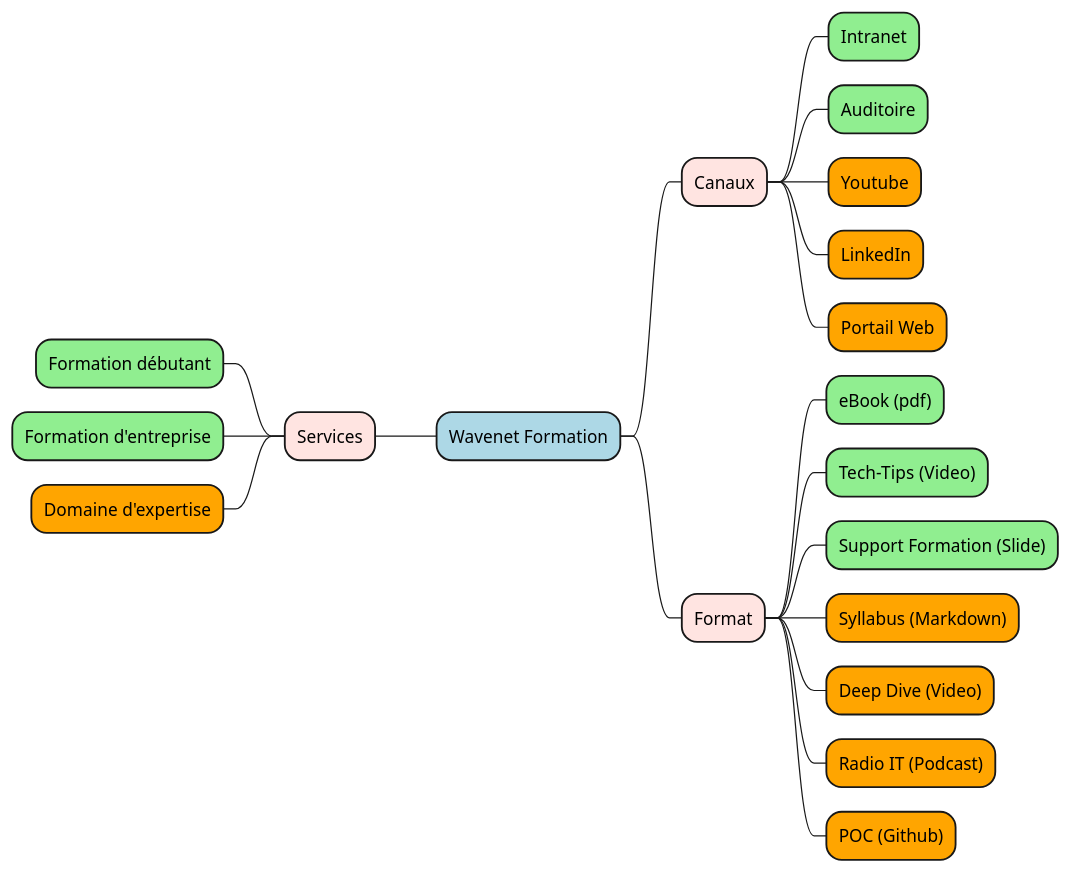
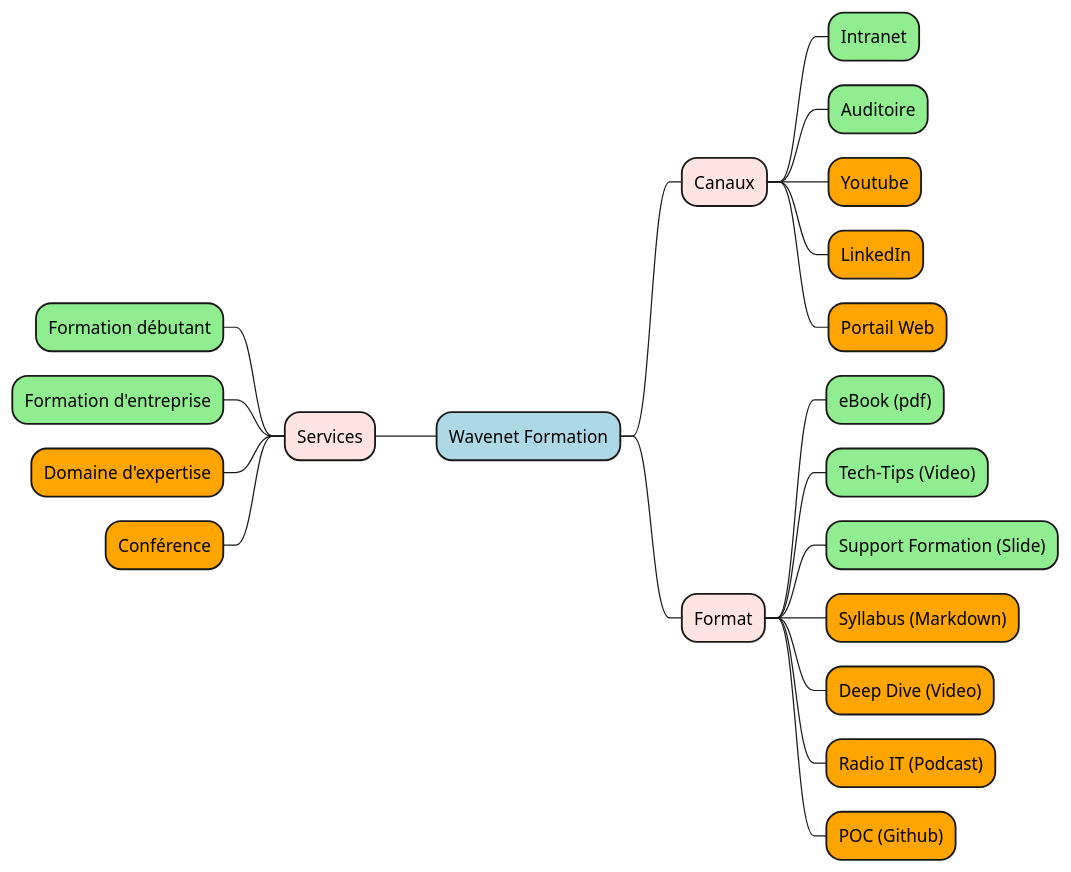
Before and after one commit to diplomegalo/roadmap: the diagram in diagram/formation.puml, drawn with PlantUML. The commit also changed 1 other file, not shown here.

```diff
--- a/diagram/formation.puml
+++ b/diagram/formation.puml
@@ -1,21 +1,22 @@
 @startmindmap
 *[#LightBlue] Wavenet Formation
 --[#MistyRose] Services
 ---[#Lightgreen] Formation débutant
 ---[#Lightgreen] Formation d'entreprise
 ---[#Orange] Domaine d'expertise
+---[#Orange] Conférence
 **[#MistyRose] Canaux
 ***[#Lightgreen] Intranet
 ***[#Lightgreen] Auditoire
 ***[#Orange] Youtube
 ***[#Orange] LinkedIn
 ***[#Orange] Portail Web
 **[#MistyRose] Format
 ***[#Lightgreen] eBook (pdf)
 ***[#Lightgreen] Tech-Tips (Video)
 ***[#Lightgreen] Support Formation (Slide)
 ***[#Orange] Syllabus (Markdown)
 ***[#Orange] Deep Dive (Video)
 ***[#Orange] Radio IT (Podcast)
 ***[#Orange] POC (Github)
 @endmindmap
```
